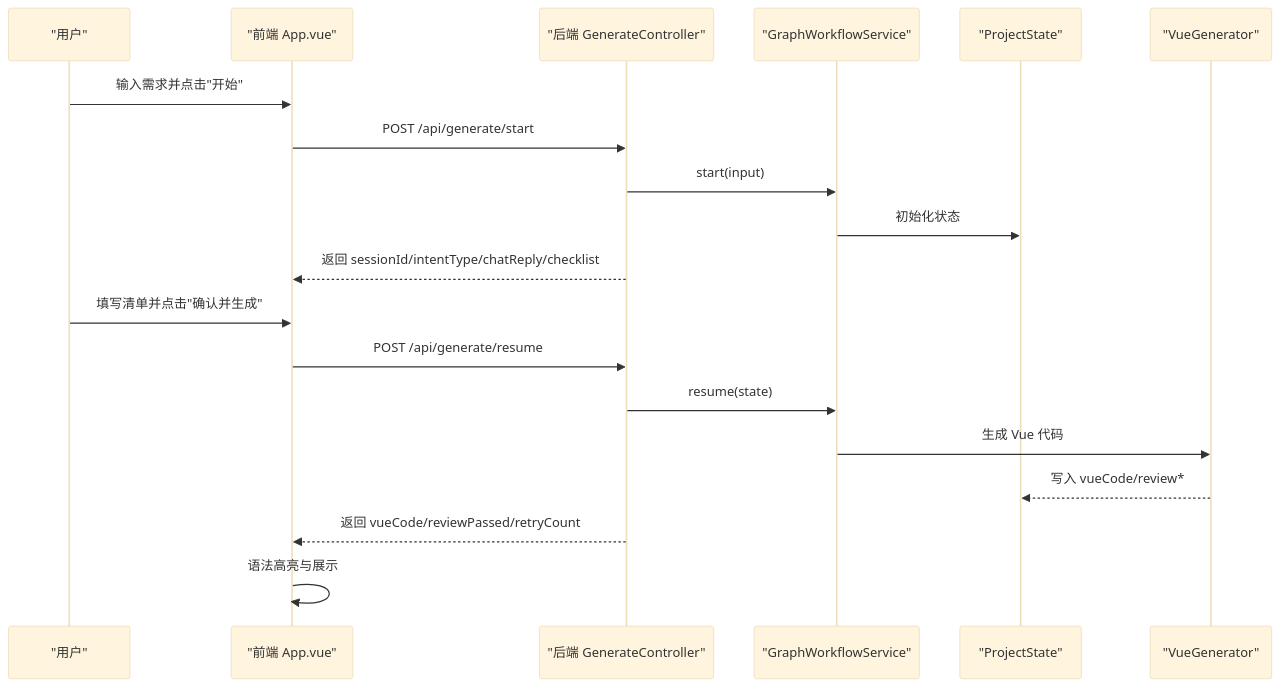
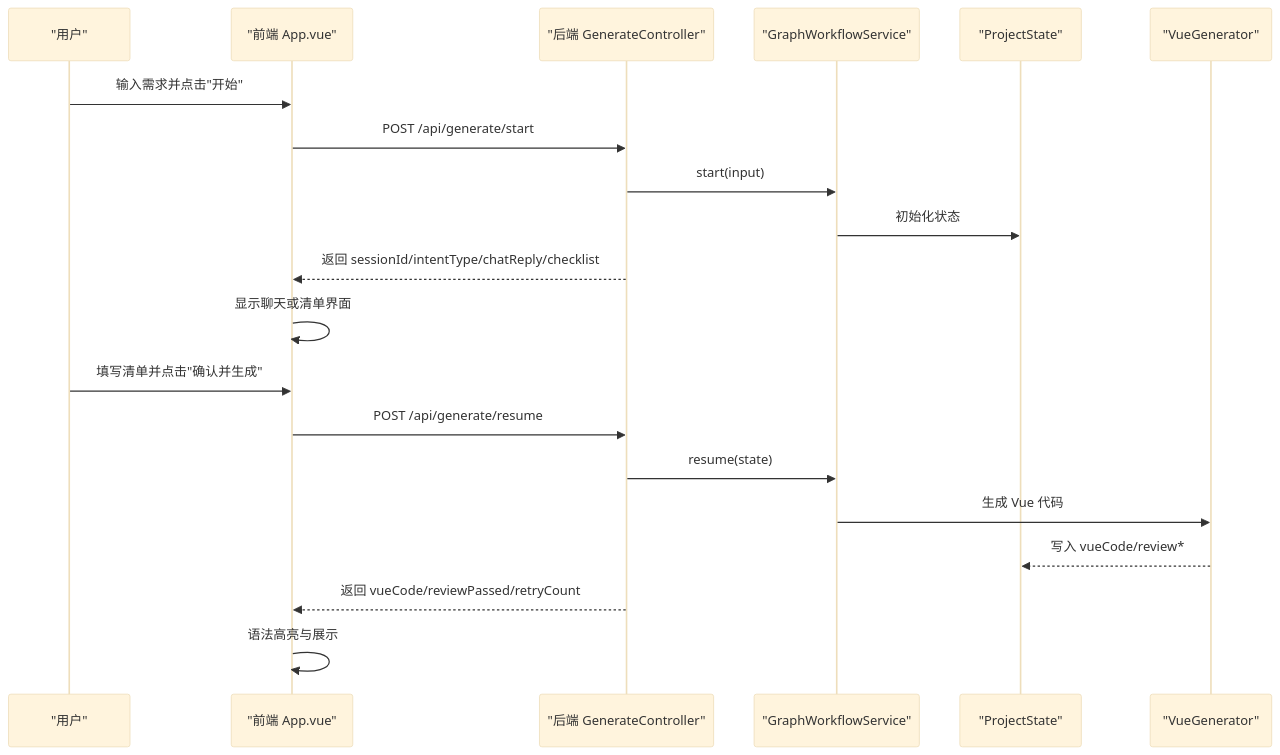
One commit to CyanYuKi/WebSiteFrontendCodeMother changed the second of 4 diagrams in .qoder/repowiki/zh/content/前端Vue.js应用.md. Above: the diagram before and after it, drawn with Mermaid (base theme). The commit also changed other lines of this file and 14 other files, not shown here.

````diff
--- a/.qoder/repowiki/zh/content/前端Vue.js应用.md
+++ b/.qoder/repowiki/zh/content/前端Vue.js应用.md
@@ -115,21 +129,22 @@
 ```mermaid
 sequenceDiagram
 participant U as "用户"
 participant FE as "前端 App.vue"
 participant API as "后端 GenerateController"
 participant WF as "GraphWorkflowService"
 participant ST as "ProjectState"
 participant VG as "VueGenerator"
 U->>FE : 输入需求并点击"开始"
 FE->>API : POST /api/generate/start
 API->>WF : start(input)
 WF->>ST : 初始化状态
 API-->>FE : 返回 sessionId/intentType/chatReply/checklist
+FE->>FE : 显示聊天或清单界面
 U->>FE : 填写清单并点击"确认并生成"
 FE->>API : POST /api/generate/resume
 API->>WF : resume(state)
 WF->>VG : 生成 Vue 代码
 VG-->>ST : 写入 vueCode/review*
 API-->>FE : 返回 vueCode/reviewPassed/retryCount
 FE->>FE : 语法高亮与展示
 ```
````
